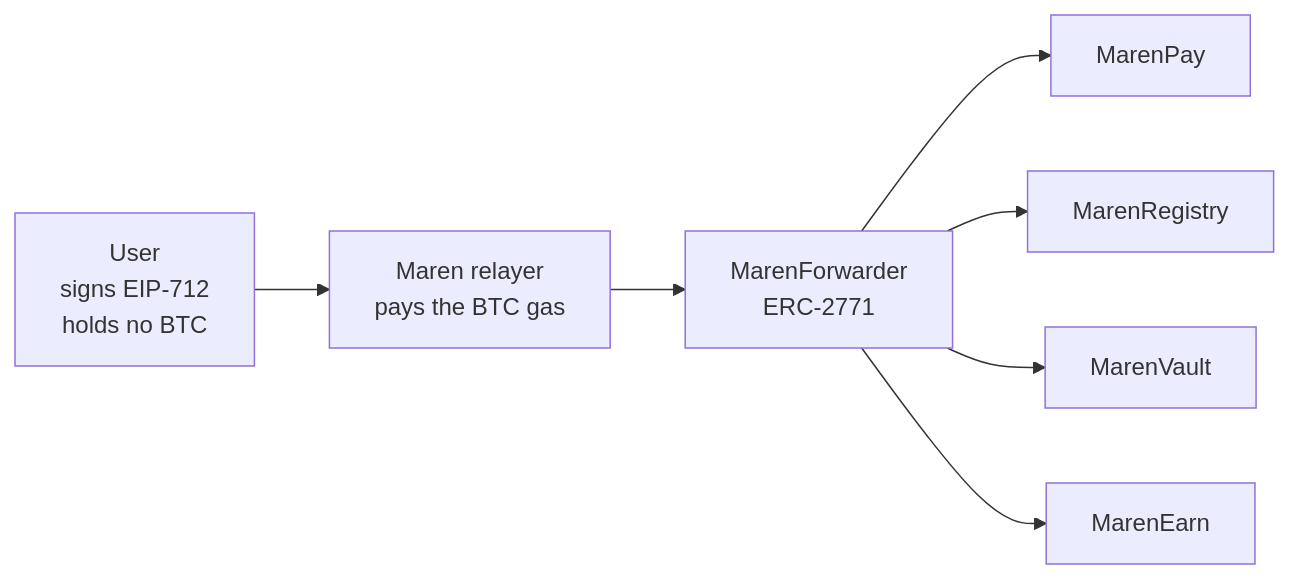
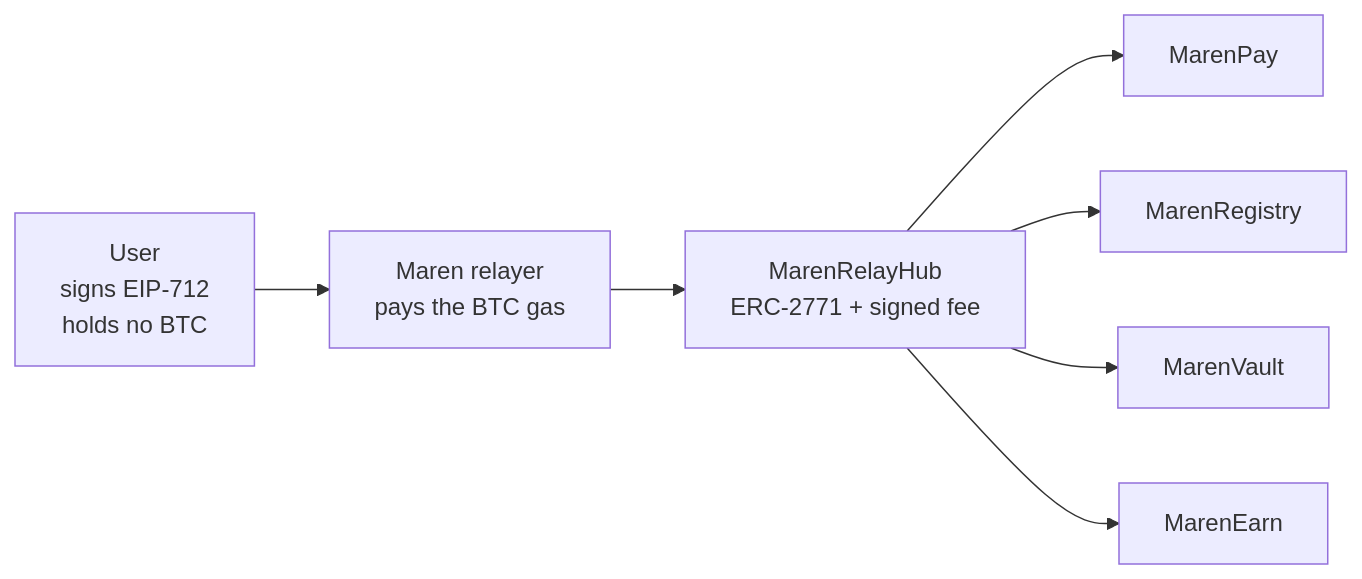
The first of 3 diagrams in docs/src/02-feasibility.md (SeventhOdyssey71/marenfinance), drawn with Mermaid before and after one commit. The commit also changed other lines of this file and 13 other files, not shown here.

````diff
--- a/docs/src/02-feasibility.md
+++ b/docs/src/02-feasibility.md
@@ -428,16 +436,16 @@
 ```mermaid
 flowchart LR
   U["User<br/>signs EIP-712<br/>holds no BTC"]
   RL["Maren relayer<br/>pays the BTC gas"]
-  F["MarenForwarder<br/>ERC-2771"]
+  F["MarenRelayHub<br/>ERC-2771 + signed fee"]
   P["MarenPay"]
   R["MarenRegistry"]
   V["MarenVault"]
   E["MarenEarn"]
 
   U --> RL --> F
   F --> P
   F --> R
   F --> V
   F --> E
 ```
````
